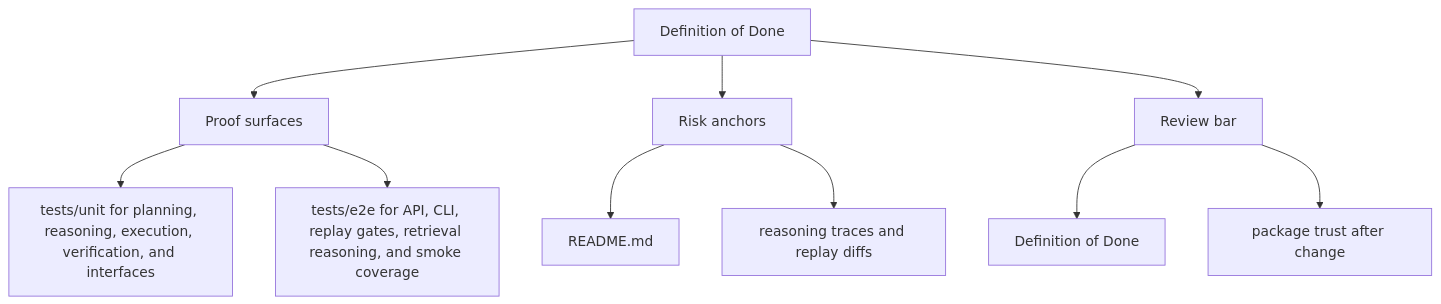
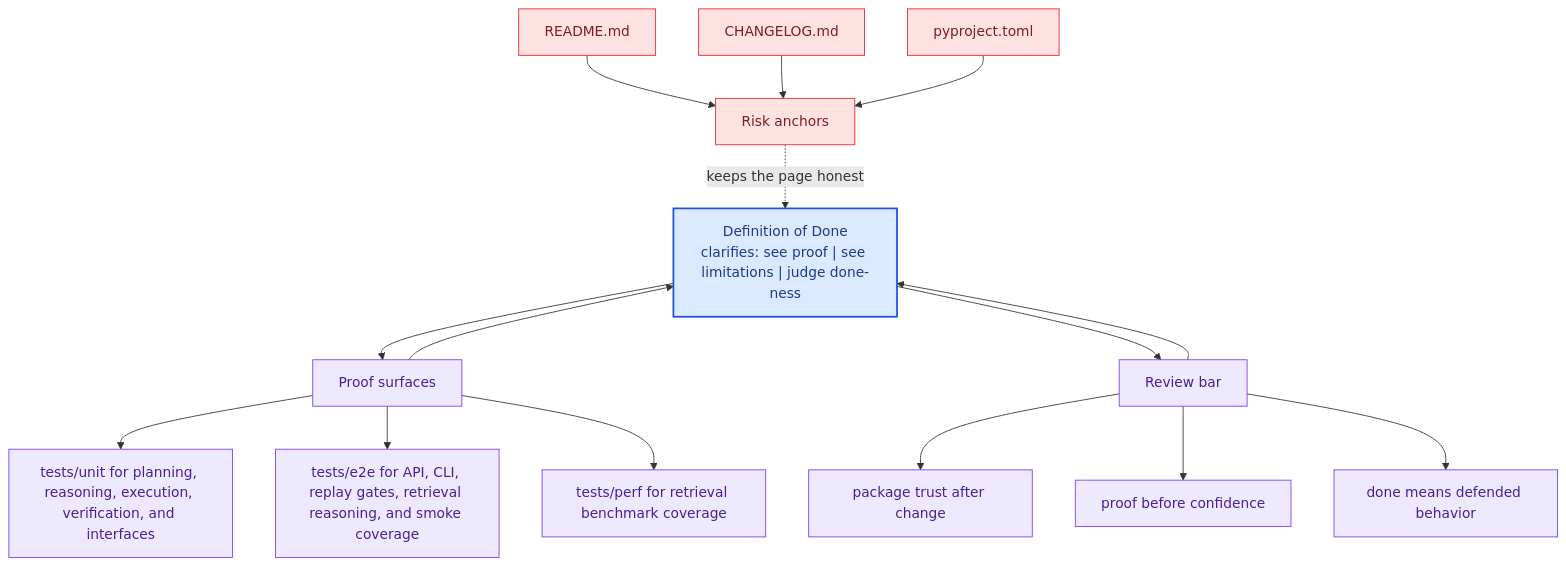
The second of 2 diagrams in docs/bijux-canon-reason/quality/definition-of-done.md (bijux/bijux-canon), drawn with Mermaid before and after one commit. The commit also changed other lines of this file and 281 other files, not shown here.

Commit message:
docs(diagrams): deepen handbook mermaid maps across the catalog

````diff
--- a/docs/bijux-canon-reason/quality/definition-of-done.md
+++ b/docs/bijux-canon-reason/quality/definition-of-done.md
@@ -34,22 +67,41 @@
 ```mermaid
-flowchart TD
-    page["Definition of Done"]
+flowchart TB
+    promise["Definition of Done<br/>clarifies: see proof | see limitations | judge done-ness"]
+    classDef promise fill:#dbeafe,stroke:#1d4ed8,color:#1e3a8a,stroke-width:2px;
+    classDef driver fill:#dcfce7,stroke:#16a34a,color:#14532d;
+    classDef constraint fill:#fee2e2,stroke:#dc2626,color:#7f1d1d;
+    classDef ground fill:#ede9fe,stroke:#7c3aed,color:#4c1d95;
     focus1["Proof surfaces"]
-    page --> focus1
+    focus1 --> promise
+    promise --> focus1
     focus1_1["tests/unit for planning, reasoning, execution, verification, and interfaces"]
     focus1 --> focus1_1
     focus1_2["tests/e2e for API, CLI, replay gates, retrieval reasoning, and smoke coverage"]
     focus1 --> focus1_2
+    focus1_3["tests/perf for retrieval benchmark coverage"]
+    focus1 --> focus1_3
+    class focus1 ground;
+    class focus1_1,focus1_2,focus1_3 ground;
     focus2["Risk anchors"]
-    page --> focus2
+    focus2 -.keeps the page honest.-> promise
     focus2_1["README.md"]
-    focus2 --> focus2_1
-    focus2_2["reasoning traces and replay diffs"]
-    focus2 --> focus2_2
+    focus2_1 --> focus2
+    focus2_2["CHANGELOG.md"]
+    focus2_2 --> focus2
+    focus2_3["pyproject.toml"]
+    focus2_3 --> focus2
+    class focus2 constraint;
+    class focus2_1,focus2_2,focus2_3 constraint;
     focus3["Review bar"]
-    page --> focus3
-    focus3_1["Definition of Done"]
+    focus3 --> promise
+    promise --> focus3
+    focus3_1["package trust after change"]
     focus3 --> focus3_1
-    focus3_2["package trust after change"]
+    focus3_2["proof before confidence"]
     focus3 --> focus3_2
+    focus3_3["done means defended behavior"]
+    focus3 --> focus3_3
+    class focus3 ground;
+    class focus3_1,focus3_2,focus3_3 ground;
+    class promise promise;
 ```
````
